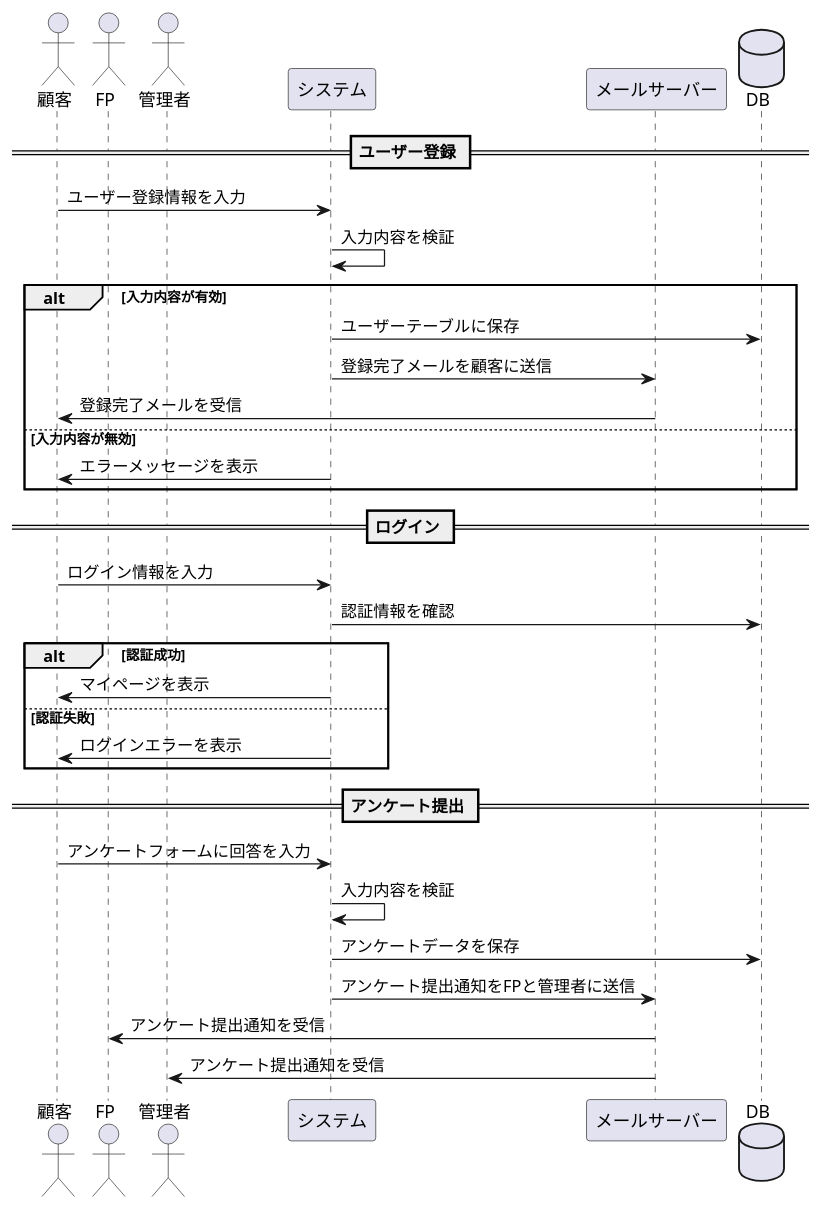
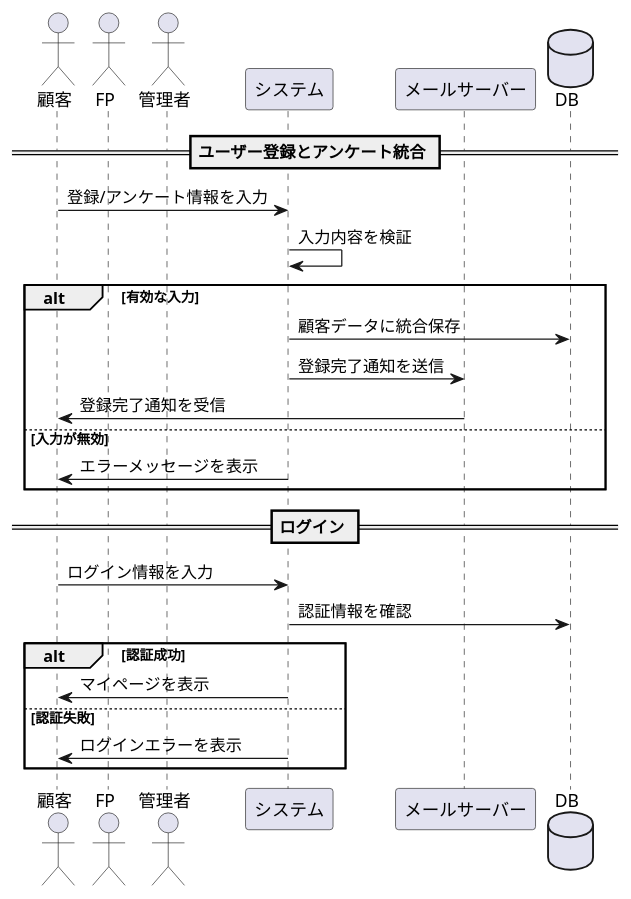
The diagram in docs/sequences/Survey.md (deeptell-inc/defo), drawn with PlantUML before and after one commit. The commit also changed 3 other files, not shown here.

Commit message:
update sequences

````diff
--- a/docs/sequences/Survey.md
+++ b/docs/sequences/Survey.md
@@ -3,38 +3,30 @@
 ```plantuml
 @startuml
 actor 顧客 as Customer
 actor FP as FP
 actor 管理者 as Admin
 participant システム as System
 participant メールサーバー as MailServer
 database DB as Database
 
-== ユーザー登録 ==
-Customer -> System: ユーザー登録情報を入力
+== ユーザー登録とアンケート統合 ==
+Customer -> System: 登録/アンケート情報を入力
 System -> System: 入力内容を検証
-alt 入力内容が有効
-    System -> Database: ユーザーテーブルに保存
-    System -> MailServer: 登録完了メールを顧客に送信
-    MailServer -> Customer: 登録完了メールを受信
-else 入力内容が無効
+alt 有効な入力
+    System -> Database: 顧客データに統合保存
+    System -> MailServer: 登録完了通知を送信
+    MailServer -> Customer: 登録完了通知を受信
+else 入力が無効
     System -> Customer: エラーメッセージを表示
 end
 
 == ログイン ==
 Customer -> System: ログイン情報を入力
 System -> Database: 認証情報を確認
 alt 認証成功
     System -> Customer: マイページを表示
 else 認証失敗
     System -> Customer: ログインエラーを表示
 end
-
-== アンケート提出 ==
-Customer -> System: アンケートフォームに回答を入力
-System -> System: 入力内容を検証
-System -> Database: アンケートデータを保存
-System -> MailServer: アンケート提出通知をFPと管理者に送信
-MailServer -> FP: アンケート提出通知を受信
-MailServer -> Admin: アンケート提出通知を受信
 @enduml
 ```
````
